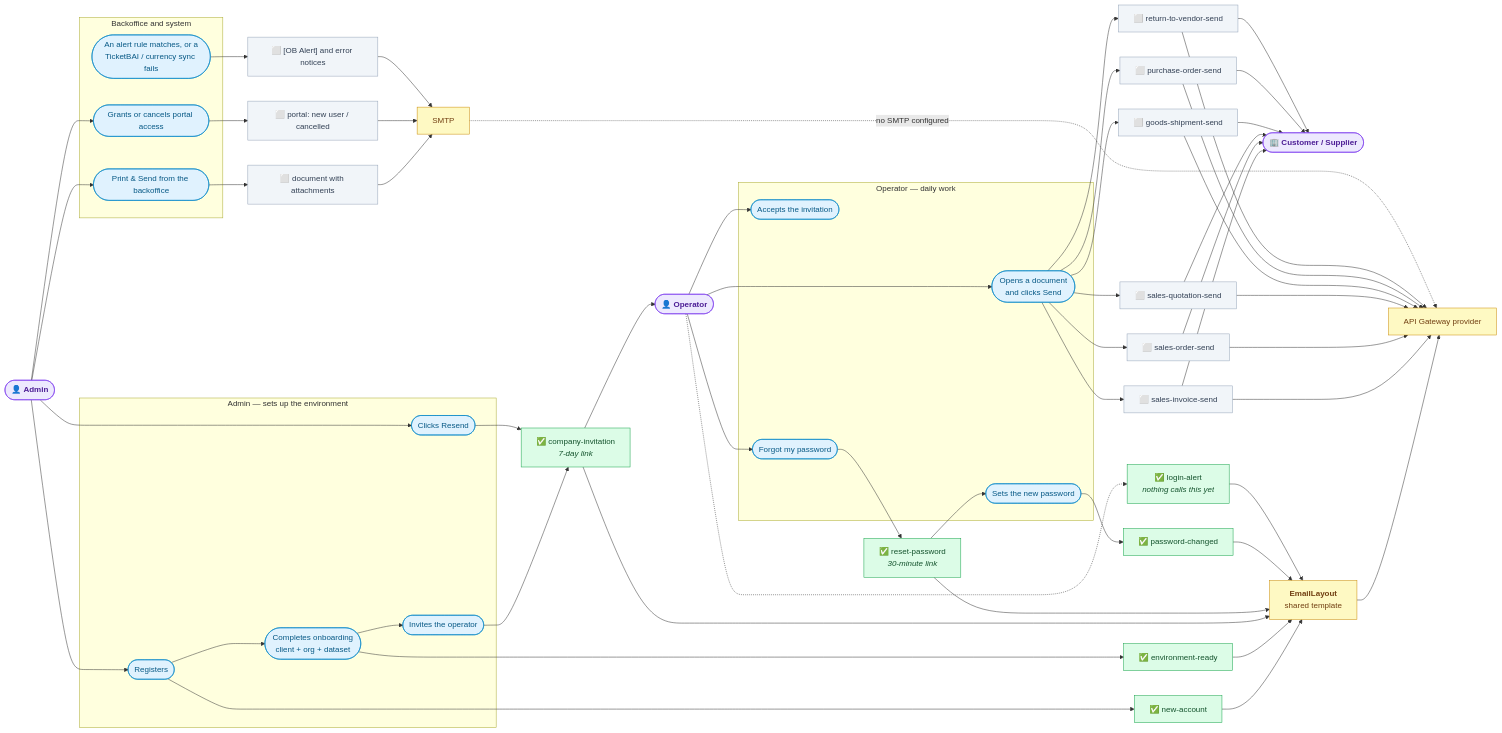
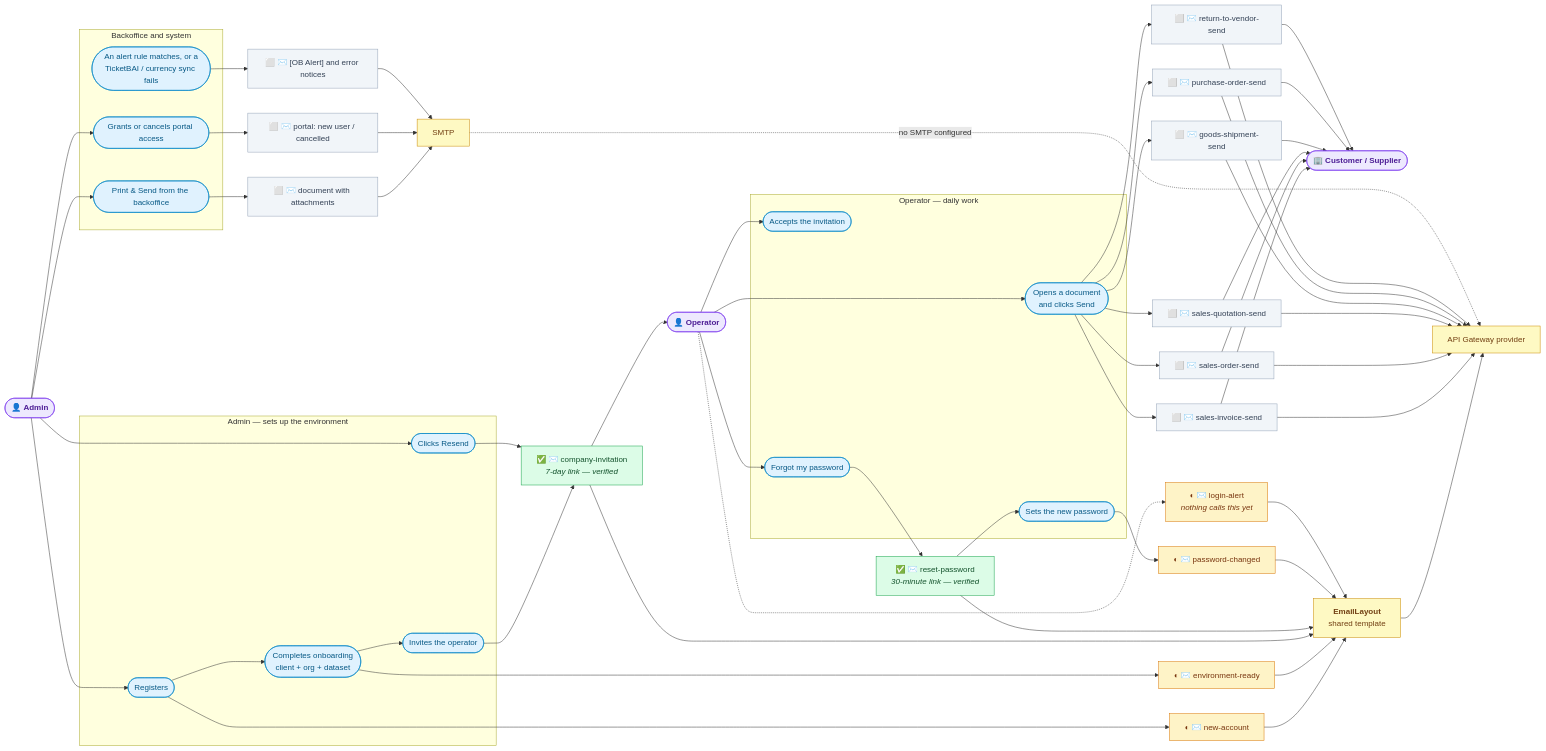
The diagram in docs/email-inventory.md (etendosoftware/etendo_schema_forge), drawn with Mermaid before and after one commit. The commit also changed other lines of this file, not shown here.

Commit message:
Feature ETP-5003: Separate verified emails from merely migrated ones
Green now means an email was opened in a real inbox, not just that it renders
through the shared layout — only the invitation and the password reset qualify.
The other four migrated emails are amber: their tests pass and the code path is
identical, but nobody has looked at one.

An envelope marks the nodes that are actual outgoing email, so the graph no
longer reads as if actions and infrastructure were the same kind of thing.

Checks: npm, testid, tests, regen, xml, pw-mocked, pw-integration
Hooks-Verified: v2 9ac21a48 0bf4969b5e1d 5e6313b2c30c

````diff
--- a/docs/email-inventory.md
+++ b/docs/email-inventory.md
@@ -19,79 +24,81 @@
 ```mermaid
 graph LR
   ADMIN(["👤 <b>Admin</b>"])
   OPER(["👤 <b>Operator</b>"])
   PARTY(["🏢 <b>Customer / Supplier</b>"])
 
   subgraph SETUP["Admin — sets up the environment"]
     A1(["Registers"])
     A2(["Completes onboarding<br/>client + org + dataset"])
     A3(["Invites the operator"])
     A4(["Clicks Resend"])
   end
 
   subgraph WORK["Operator — daily work"]
     O1(["Accepts the invitation"])
     O2(["Forgot my password"])
     O3(["Sets the new password"])
     O4(["Opens a document<br/>and clicks Send"])
   end
 
   subgraph SYS["Backoffice and system"]
     K1(["Print &amp; Send from the backoffice"])
     K2(["Grants or cancels portal access"])
     K3(["An alert rule matches, or a<br/>TicketBAI / currency sync fails"])
   end
 
-  M1["✅ new-account"]
-  M2["✅ environment-ready"]
-  M3["✅ company-invitation<br/><i>7-day link</i>"]
-  M4["✅ reset-password<br/><i>30-minute link</i>"]
-  M5["✅ password-changed"]
-  M6["✅ login-alert<br/><i>nothing calls this yet</i>"]
-  D1["⬜ sales-invoice-send"]
-  D2["⬜ sales-order-send"]
-  D3["⬜ sales-quotation-send"]
-  D4["⬜ goods-shipment-send"]
-  D5["⬜ purchase-order-send"]
-  D6["⬜ return-to-vendor-send"]
-  C1["⬜ document with attachments"]
-  C2["⬜ portal: new user / cancelled"]
-  C3["⬜ [OB Alert] and error notices"]
+  M1["◐ ✉️ new-account"]
+  M2["◐ ✉️ environment-ready"]
+  M3["✅ ✉️ company-invitation<br/><i>7-day link — verified</i>"]
+  M4["✅ ✉️ reset-password<br/><i>30-minute link — verified</i>"]
+  M5["◐ ✉️ password-changed"]
+  M6["◐ ✉️ login-alert<br/><i>nothing calls this yet</i>"]
+  D1["⬜ ✉️ sales-invoice-send"]
+  D2["⬜ ✉️ sales-order-send"]
+  D3["⬜ ✉️ sales-quotation-send"]
+  D4["⬜ ✉️ goods-shipment-send"]
+  D5["⬜ ✉️ purchase-order-send"]
+  D6["⬜ ✉️ return-to-vendor-send"]
+  C1["⬜ ✉️ document with attachments"]
+  C2["⬜ ✉️ portal: new user / cancelled"]
+  C3["⬜ ✉️ [OB Alert] and error notices"]
 
   LAYOUT["<b>EmailLayout</b><br/>shared template"]
   PROVIDER["API Gateway provider"]
   SMTP["SMTP"]
 
   ADMIN --> A1 --> M1
   A1 --> A2 --> M2
   A2 --> A3 --> M3
   ADMIN --> A4 --> M3
   M3 --> OPER
 
   OPER --> O1
   OPER --> O2 --> M4 --> O3 --> M5
   OPER -.-> M6
   OPER --> O4
   O4 --> D1 & D2 & D3 & D4 & D5 & D6
   D1 & D2 & D3 & D4 & D5 & D6 --> PARTY
 
   ADMIN --> K1 --> C1
   ADMIN --> K2 --> C2
   K3 --> C3
 
   M1 & M2 & M3 & M4 & M5 & M6 --> LAYOUT --> PROVIDER
   D1 & D2 & D3 & D4 & D5 & D6 --> PROVIDER
   C1 & C2 & C3 --> SMTP
   SMTP -. "no SMTP configured" .-> PROVIDER
 
-  classDef done fill:#dcfce7,stroke:#16a34a,color:#14532d
+  classDef verified fill:#dcfce7,stroke:#16a34a,color:#14532d
+  classDef migrated fill:#fef3c7,stroke:#d97706,color:#78350f
   classDef todo fill:#f1f5f9,stroke:#94a3b8,color:#334155
   classDef act fill:#e0f2fe,stroke:#0284c7,color:#075985
   classDef who fill:#ede9fe,stroke:#7c3aed,color:#4c1d95
   classDef hub fill:#fef9c3,stroke:#ca8a04,color:#713f12
-  class M1,M2,M3,M4,M5,M6 done
+  class M3,M4 verified
+  class M1,M2,M5,M6 migrated
   class D1,D2,D3,D4,D5,D6,C1,C2,C3 todo
   class A1,A2,A3,A4,O1,O2,O3,O4,K1,K2,K3 act
   class ADMIN,OPER,PARTY who
   class LAYOUT,PROVIDER,SMTP hub
 ```
````
